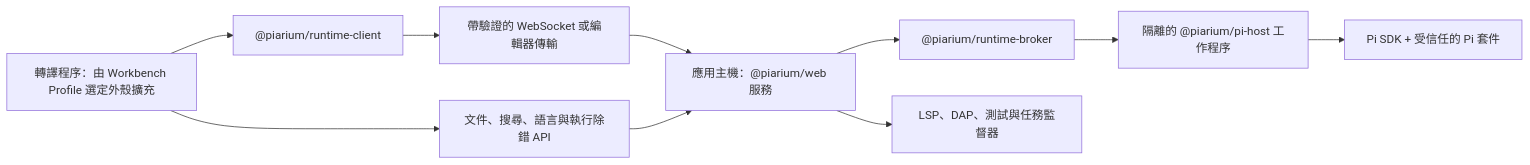
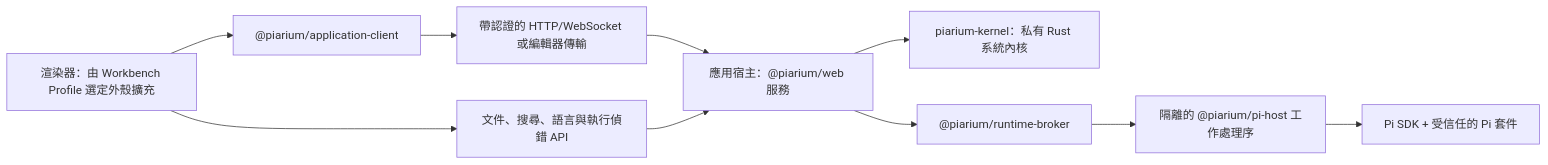
Before and after one commit to Youzini-afk/Piarium: the diagram in .github/readme/README.zh-TW.md, drawn with Mermaid. The commit also changed other lines of this file and 4 other files, not shown here.

Commit message:
docs(readme): describe the agent harness and Rust kernel

````diff
--- a/.github/readme/README.zh-TW.md
+++ b/.github/readme/README.zh-TW.md
@@ -215,12 +232,12 @@
 ```mermaid
 flowchart LR
-    S["轉譯程序：由 Workbench Profile 選定外殼擴充"] --> C["@piarium/runtime-client"]
-    S --> D["文件、搜尋、語言與執行除錯 API"]
-    C --> T["帶驗證的 WebSocket 或編輯器傳輸"]
-    T --> A["應用主機：@piarium/web 服務"]
+    S["渲染器：由 Workbench Profile 選定外殼擴充"] --> C["@piarium/application-client"]
+    S --> D["文件、搜尋、語言與執行偵錯 API"]
+    C --> T["帶認證的 HTTP/WebSocket 或編輯器傳輸"]
+    T --> A["應用宿主：@piarium/web 服務"]
     D --> A
+    A --> K["piarium-kernel：私有 Rust 系統內核"]
     A --> B["@piarium/runtime-broker"]
-    A --> L["LSP、DAP、測試與任務監督器"]
-    B --> H["隔離的 @piarium/pi-host 工作程序"]
+    B --> H["隔離的 @piarium/pi-host 工作處理序"]
     H --> P["Pi SDK + 受信任的 Pi 套件"]
 ```
````
